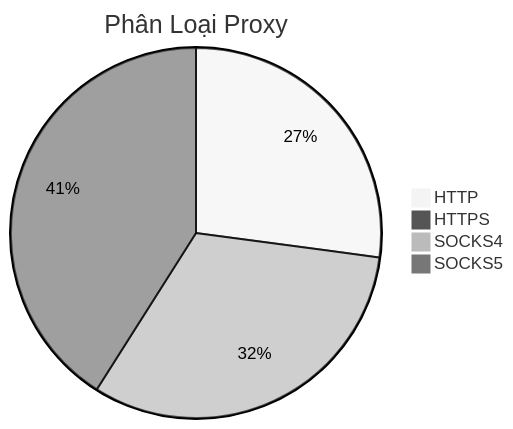
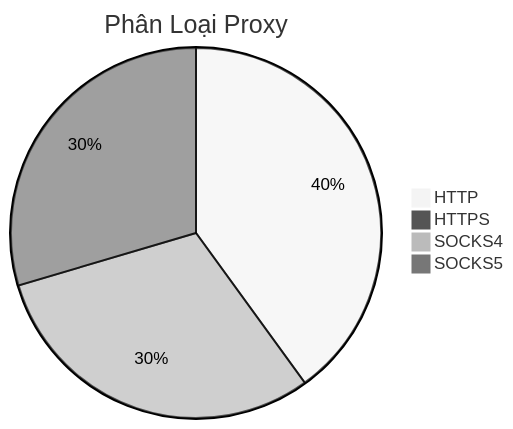
Before and after one commit to Ciara-12/PROXY-free: the diagram in README.md, drawn with Mermaid (neutral theme). The commit also changed other lines of this file and 4 other files, not shown here.

````diff
--- a/README.md
+++ b/README.md
@@ -26,7 +26,7 @@
 ```mermaid
 pie title Phân Loại Proxy
-    "HTTP" : 496
+    "HTTP" : 606
     "HTTPS" : 1
-    "SOCKS4" : 583
-    "SOCKS5" : 750
+    "SOCKS4" : 461
+    "SOCKS5" : 448
 ```
````
